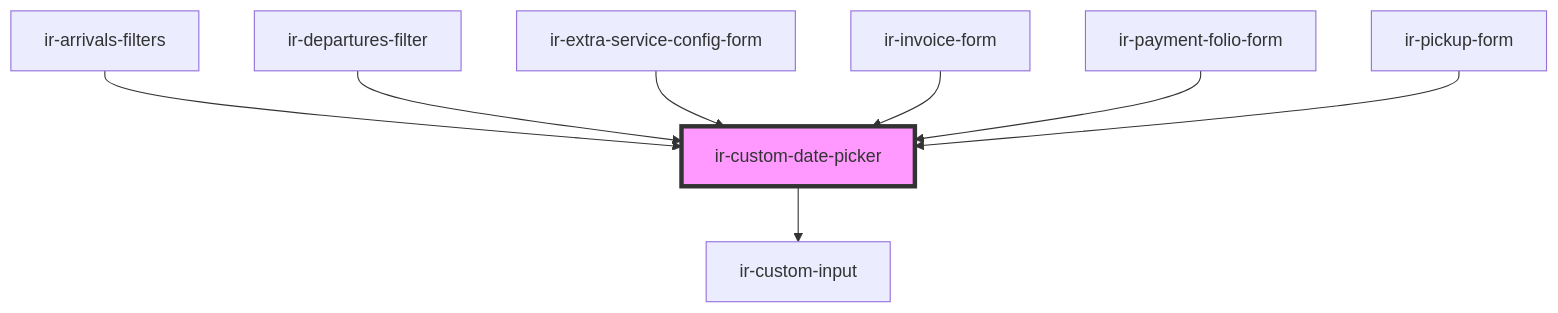
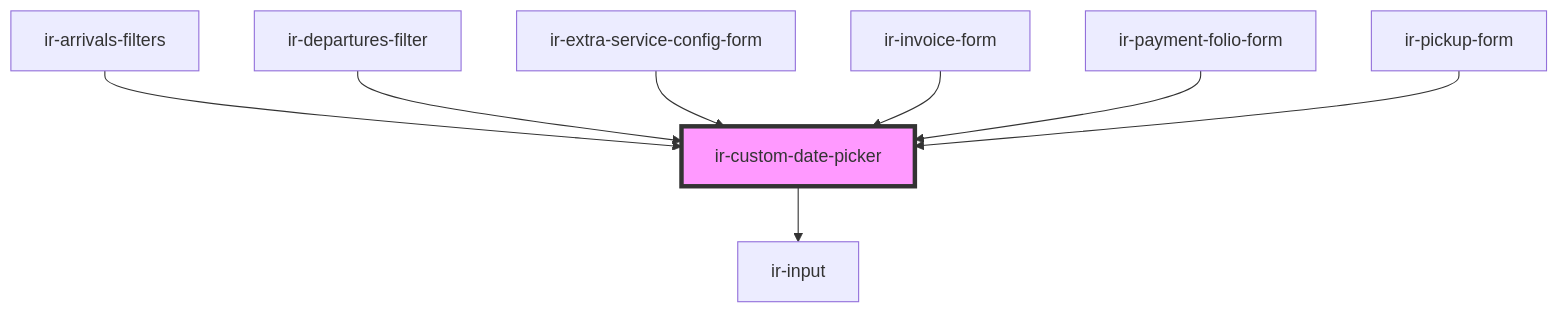
The diagram in src/components/ir-custom-date-picker/readme.md (David1Chowaifaty/modified-ir-webcmp), drawn with Mermaid before and after one commit. The commit also changed other lines of this file and 38 other files, not shown here.

````diff
--- a/src/components/ir-custom-date-picker/readme.md
+++ b/src/components/ir-custom-date-picker/readme.md
@@ -82,11 +82,11 @@
 ```mermaid
 graph TD;
-  ir-custom-date-picker --> ir-custom-input
+  ir-custom-date-picker --> ir-input
   ir-arrivals-filters --> ir-custom-date-picker
   ir-departures-filter --> ir-custom-date-picker
   ir-extra-service-config-form --> ir-custom-date-picker
   ir-invoice-form --> ir-custom-date-picker
   ir-payment-folio-form --> ir-custom-date-picker
   ir-pickup-form --> ir-custom-date-picker
   style ir-custom-date-picker fill:#f9f,stroke:#333,stroke-width:4px
 ```
````
